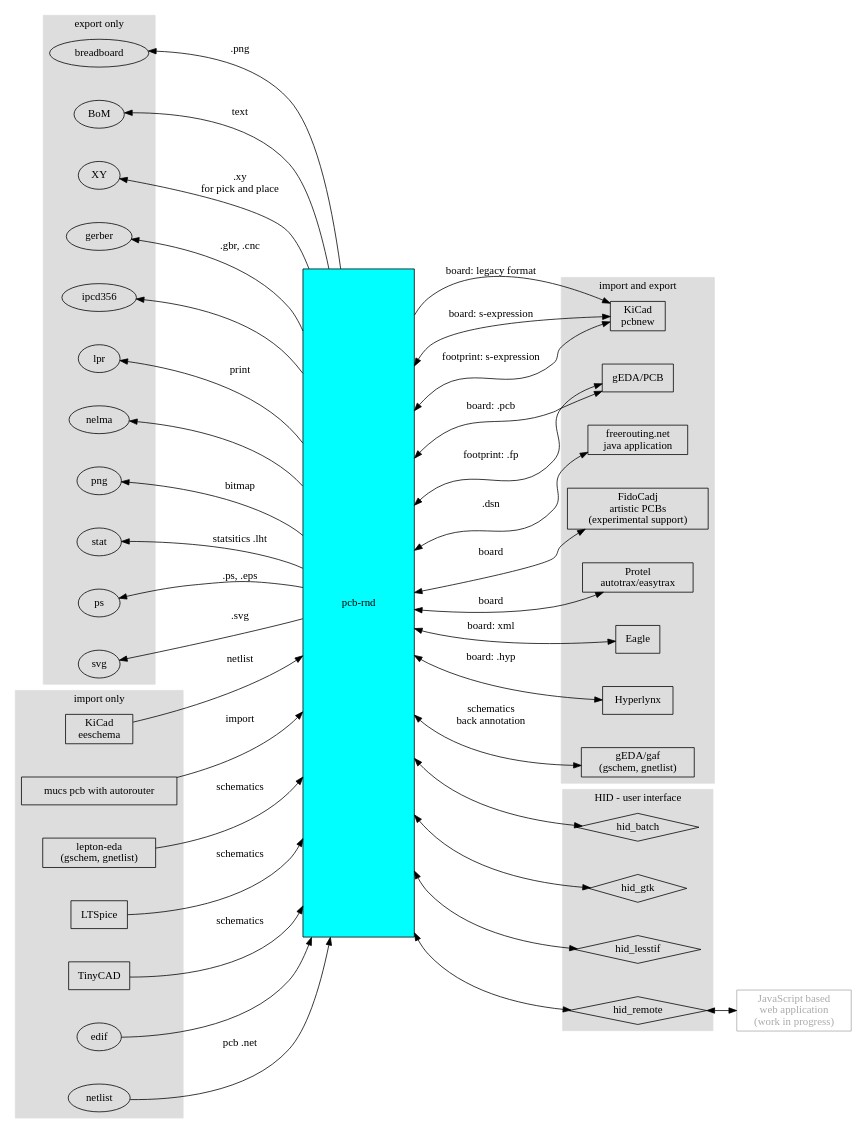
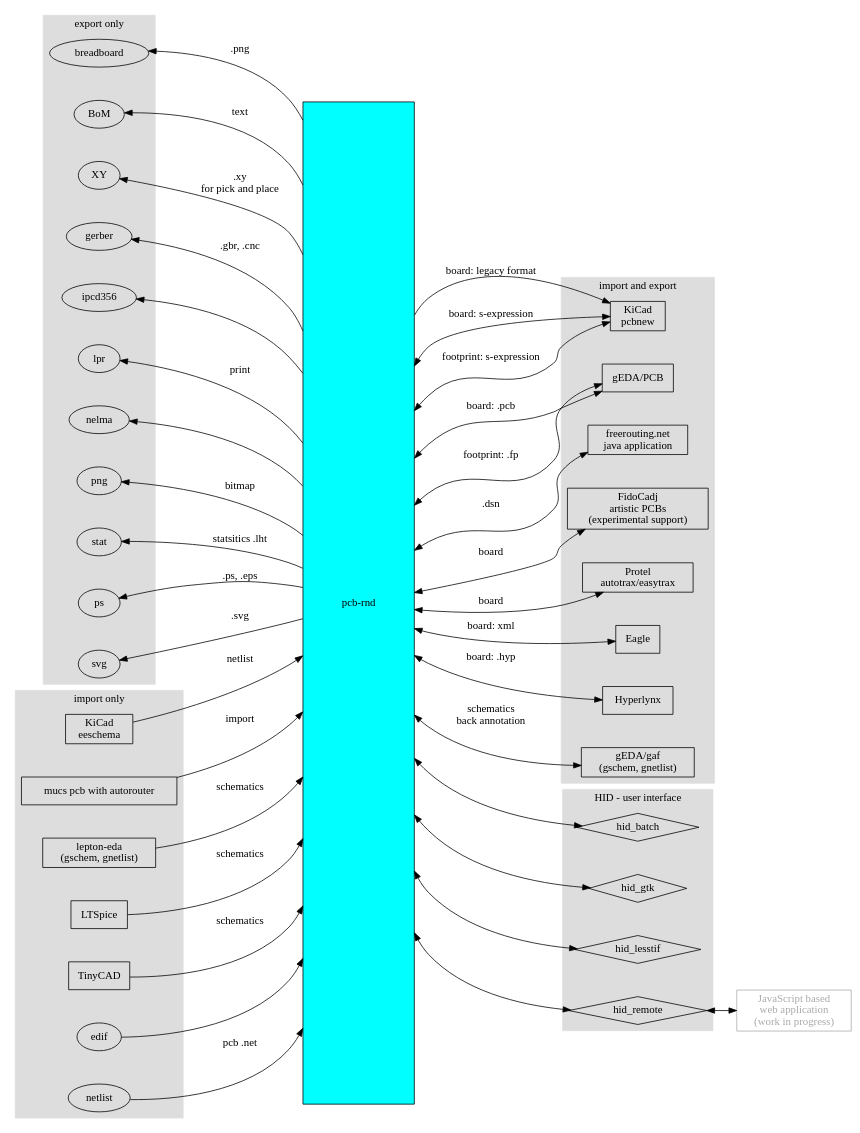
Before and after one commit to NoSuchProcess/pcb-rnd: the diagram in doc/developer/bridges/bridges.dot, drawn with Graphviz. The commit also changed 1 other file, not shown here.

Commit message:
[doc] -Update: bridges drawing: taller pcb-rnd, hosts arrows easier

```diff
--- a/doc/developer/bridges/bridges.dot
+++ b/doc/developer/bridges/bridges.dot
@@ -1,122 +1,122 @@
 digraph gr {
 	rankdir=LR
 	nodesep=0.6
 	
-	pcbrnd [label="pcb-rnd" style=filled fillcolor=cyan shape=box height=12 width=2]
+	pcbrnd [label="pcb-rnd" style=filled fillcolor=cyan shape=box height=18 width=2]
 	kicad [label="KiCad\npcbnew" shape=box]
 	eeschema [label="KiCad\neeschema" shape=box]
 	pcb [label="gEDA/PCB" shape=box]
 	freerouting [label="freerouting.net\njava application" shape=box]
 	mucs [label="mucs pcb with autorouter" shape=box]
 	gEDA [label="gEDA/gaf\n(gschem, gnetlist)" shape=box]
 	lepton [label="lepton-eda\n(gschem, gnetlist)" shape=box]
 	ltspice [label="LTSpice" shape=box]
 	tinycad [label="TinyCAD" shape=box]
 	web [label="JavaScript based\nweb application\n(work in progress)" shape=box color="#aaaaaa" fontcolor="#aaaaaa"]
 	fidocadj [label="FidoCadj\nartistic PCBs\n(experimental support)" shape=box]
 	autotrax [label="Protel\nautotrax/easytrax\n" shape=box]
 	eagle [label="Eagle" shape=box]
 	hyp [label="Hyperlynx" shape=box]
 
 	subgraph cluster_HID {
 		label = "HID - user interface"
 		style=filled
 		color="#dddddd"
 
 		batch   [label="hid_batch" shape=diamond]
 		gtk     [label="hid_gtk" shape=diamond]
 		lesstif [label="hid_lesstif" shape=diamond]
 		remote  [label="hid_remote" shape=diamond]
 	}
 
 	subgraph cluster_import {
 		label = "import only"
 		style=filled
 		color="#dddddd"
 
 		lepton
 		mucs
 		edif
 		ltspice
 		netlist
 		tinycad
 		eeschema
 	}
 
 	subgraph cluster_export {
 		label = "export only"
 		style=filled
 		color="#dddddd"
 
 		breadboard
 		BoM
 		XY
 		gerber
 		ipcd356
 		lpr
 		nelma
 		png
 		ps
 		stat
 		svg
 	}
 
 	subgraph cluster_ie {
 		label = "import and export"
 		style=filled
 		color="#dddddd"
 
 		gEDA
 		kicad
 		pcb
 		freerouting
 		fidocadj
 		autotrax
 		eagle
 		hyp
 	}
 
 	pcbrnd -> kicad [label="board: legacy format"]
 	pcbrnd -> kicad [label="board: s-expression" dir=both]
 	pcbrnd -> kicad [label="footprint: s-expression" dir=both]
 	pcbrnd -> fidocadj [label="board" dir=both]
 	pcbrnd -> autotrax [label="board" dir=both]
 	pcbrnd -> eagle [label="board: xml" dir=both]
 	pcbrnd -> hyp [label="board: .hyp" dir=both]
 
 	eeschema -> pcbrnd [label="netlist"]
 
 	pcbrnd -> pcb [label="board: .pcb" dir=both]
 	pcbrnd -> pcb [label="footprint: .fp" dir=both]
 
 	pcbrnd -> freerouting [label=".dsn" dir=both]
 	mucs -> pcbrnd [label="import"]
 
 	pcbrnd -> breadboard [label=".png"]
 	pcbrnd -> BoM [label="text"]
 	pcbrnd -> XY [label=".xy\nfor pick and place"]
 	pcbrnd -> gerber [label=".gbr, .cnc"]
 	pcbrnd -> ipcd356
 	pcbrnd -> lpr [label="print"]
 	pcbrnd -> nelma
 	pcbrnd -> png [label="bitmap"]
 	pcbrnd -> ps [label=".ps, .eps"]
 	pcbrnd -> stat [label="statsitics .lht"]
 	pcbrnd -> svg [label=".svg"]
 
 	edif -> pcbrnd
 	ltspice -> pcbrnd [label="schematics"]
 	netlist -> pcbrnd [label="pcb .net"]
 	lepton -> pcbrnd [label="schematics"]
 	gEDA -> pcbrnd [label="schematics\nback annotation" dir=both]
 	tinycad -> pcbrnd [label="schematics"]
 
 	pcbrnd -> batch [dir=both]
 	pcbrnd -> gtk [dir=both]
 	pcbrnd -> lesstif [dir=both]
 	pcbrnd -> remote [dir=both]
 
 	remote -> web [dir=both]
 
 	ps -> pcbrnd [weight=1000 style=invis]
 }
```
